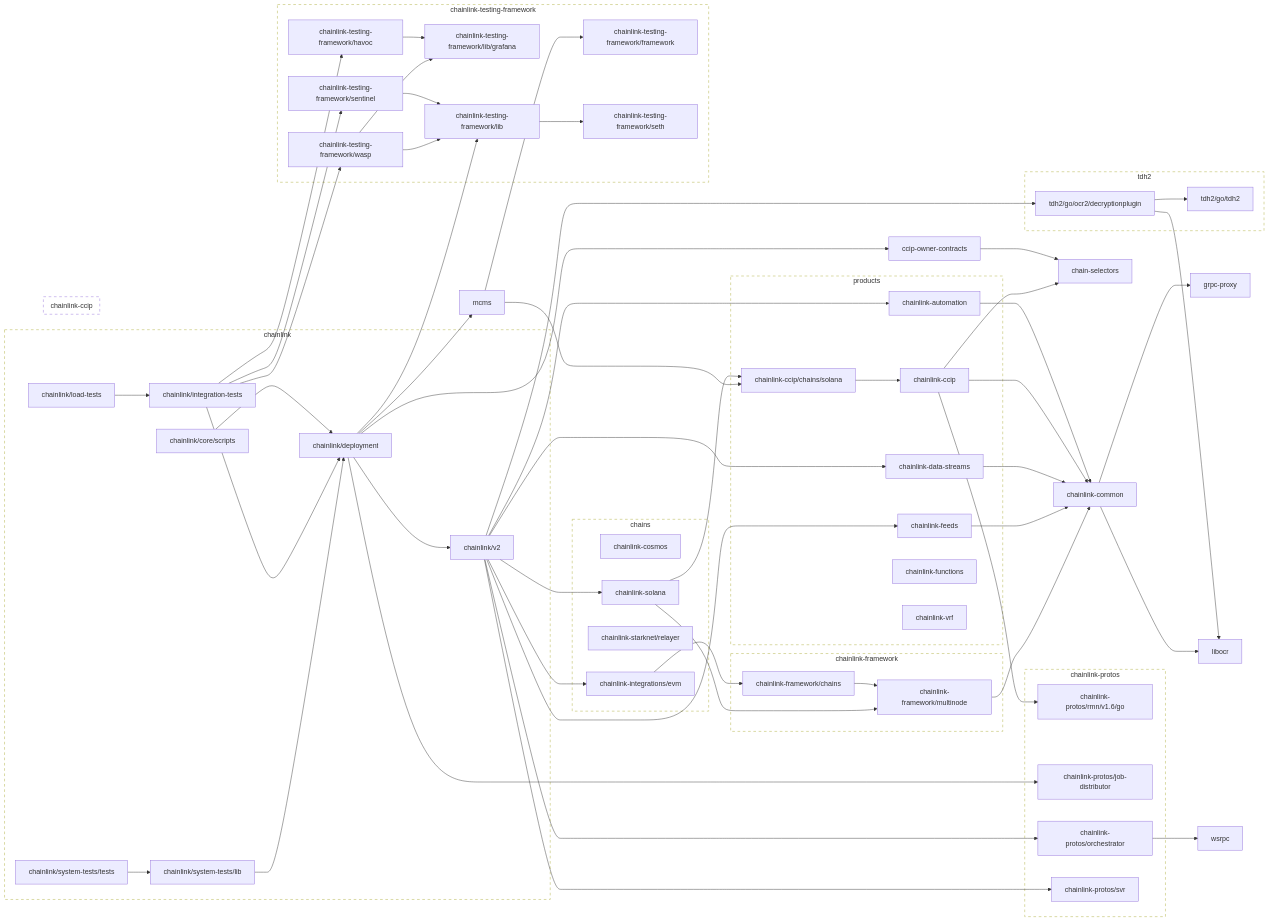
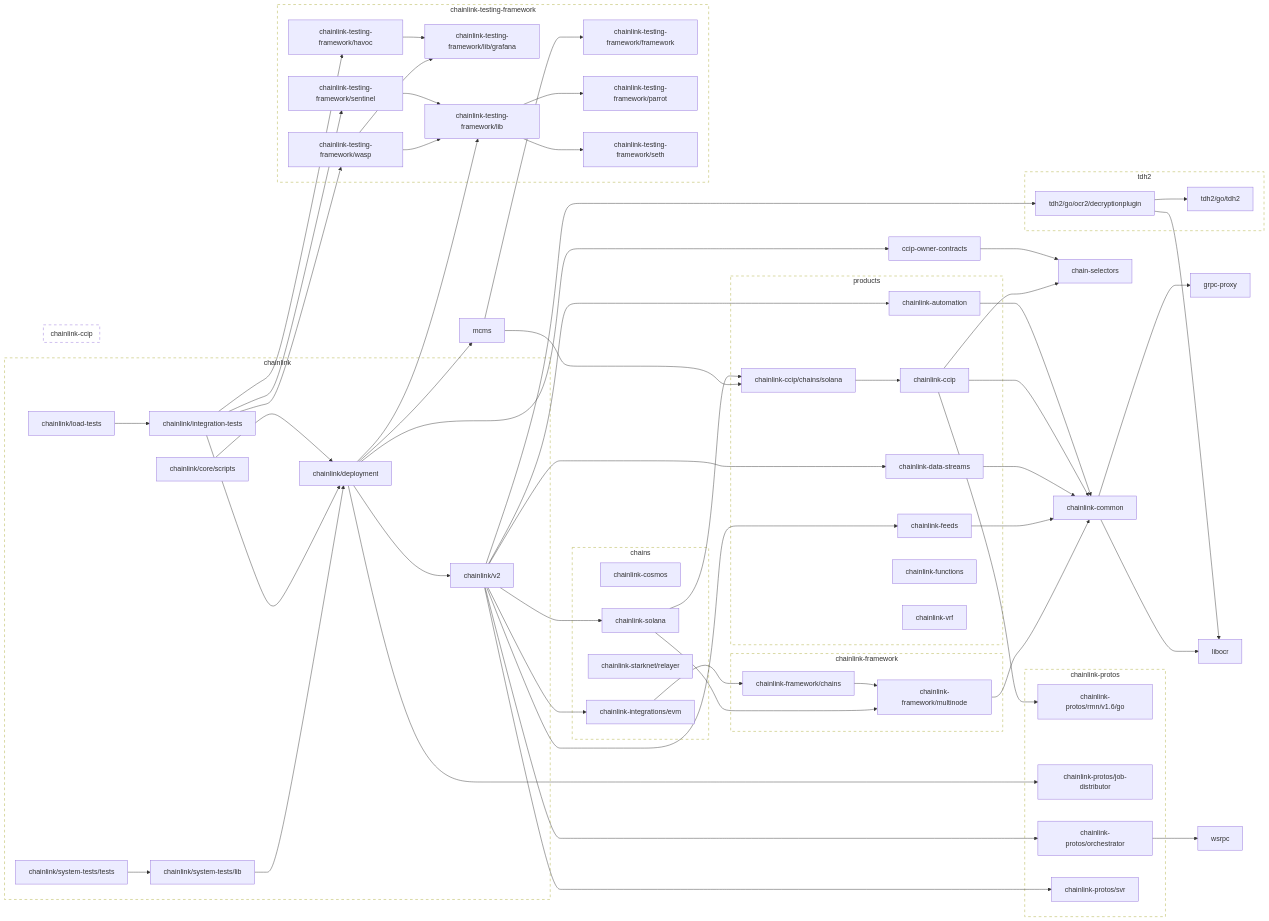
One commit to smartcontractkit/chainlink changed the second of 2 diagrams in go.md. Above: the diagram before and after it, drawn with Mermaid.

Commit message:
Modgraph

```diff
--- a/go.md
+++ b/go.md
@@ -166,10 +166,13 @@
 	click chainlink-testing-framework/framework href "https://github.com/smartcontractkit/chainlink-testing-framework"
 	chainlink-testing-framework/havoc --> chainlink-testing-framework/lib/grafana
 	click chainlink-testing-framework/havoc href "https://github.com/smartcontractkit/chainlink-testing-framework"
+	chainlink-testing-framework/lib --> chainlink-testing-framework/parrot
 	chainlink-testing-framework/lib --> chainlink-testing-framework/seth
 	click chainlink-testing-framework/lib href "https://github.com/smartcontractkit/chainlink-testing-framework"
 	chainlink-testing-framework/lib/grafana
 	click chainlink-testing-framework/lib/grafana href "https://github.com/smartcontractkit/chainlink-testing-framework"
+	chainlink-testing-framework/parrot
+	click chainlink-testing-framework/parrot href "https://github.com/smartcontractkit/chainlink-testing-framework"
 	chainlink-testing-framework/sentinel --> chainlink-testing-framework/lib
 	click chainlink-testing-framework/sentinel href "https://github.com/smartcontractkit/chainlink-testing-framework"
 	chainlink-testing-framework/seth
@@ -256,6 +259,7 @@
 		 chainlink-testing-framework/havoc
 		 chainlink-testing-framework/lib
 		 chainlink-testing-framework/lib/grafana
+		 chainlink-testing-framework/parrot
 		 chainlink-testing-framework/sentinel
 		 chainlink-testing-framework/seth
 		 chainlink-testing-framework/wasp
```
